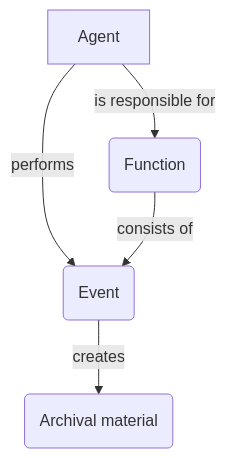
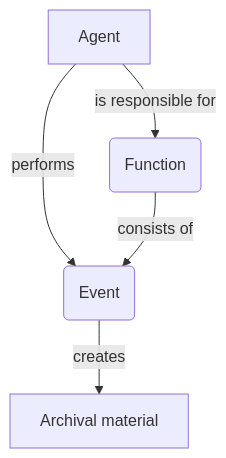
The first of 2 diagrams in domain.md (peterVG/arkly-research-notes), drawn with Mermaid before and after one commit. The commit also changed other lines of this file, not shown here.

````diff
--- a/domain.md
+++ b/domain.md
@@ -8,7 +8,7 @@
 ```mermaid
 flowchart TD;
       A[Agent] -->|performs| B(Event);
-      A[Agent] -->|is responsible for| C(Function);
+      A -->|is responsible for| C(Function);
       C -->|consists of| B;
-      B -->|creates| D(Archival material);
+      B -->|creates| D[Archival material];
 ```
````
